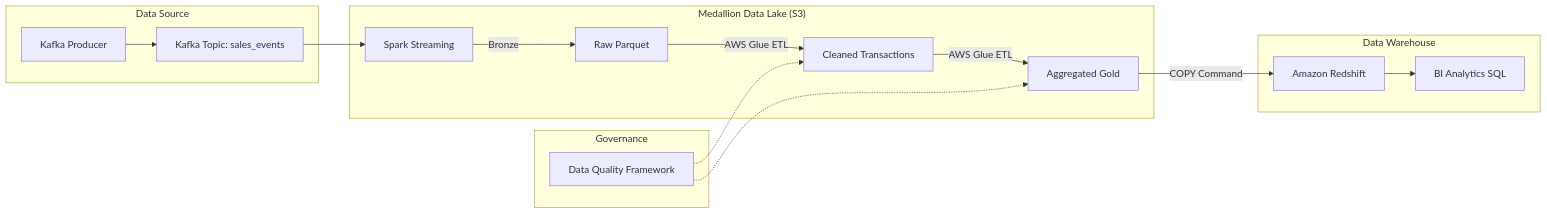
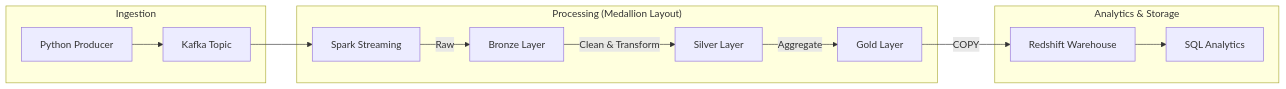
Before and after one commit to Rajashree299/real-time-sales-pipeline: the diagram in README.md, drawn with Mermaid. The commit also changed other lines of this file, not shown here.

````diff
--- a/README.md
+++ b/README.md
@@ -23,23 +11,18 @@
 ```mermaid
 flowchart LR
-    subgraph "Data Source"
-        P[Kafka Producer] --> K[Kafka Topic: sales_events]
+    subgraph "Ingestion"
+        P[Python Producer] --> K[Kafka Topic]
     end
     
-    subgraph "Medallion Data Lake (S3)"
+    subgraph "Processing (Medallion Layout)"
         K --> SS[Spark Streaming]
-        SS --> |Bronze| B[Raw Parquet]
-        B --> |AWS Glue ETL| S[Cleaned Transactions]
-        S --> |AWS Glue ETL| G[Aggregated Gold]
+        SS --> |Raw| B[Bronze Layer]
+        B --> |Clean & Transform| S[Silver Layer]
+        S --> |Aggregate| G[Gold Layer]
     end
     
-    subgraph "Data Warehouse"
-        G --> |COPY Command| R[Amazon Redshift]
-        R --> A[BI Analytics SQL]
-    end
-    
-    subgraph "Governance"
-        DQ[Data Quality Framework] -.-> S
-        DQ -.-> G
+    subgraph "Analytics & Storage"
+        G --> |COPY| R[Redshift Warehouse]
+        R --> A[SQL Analytics]
     end
 ```
````
